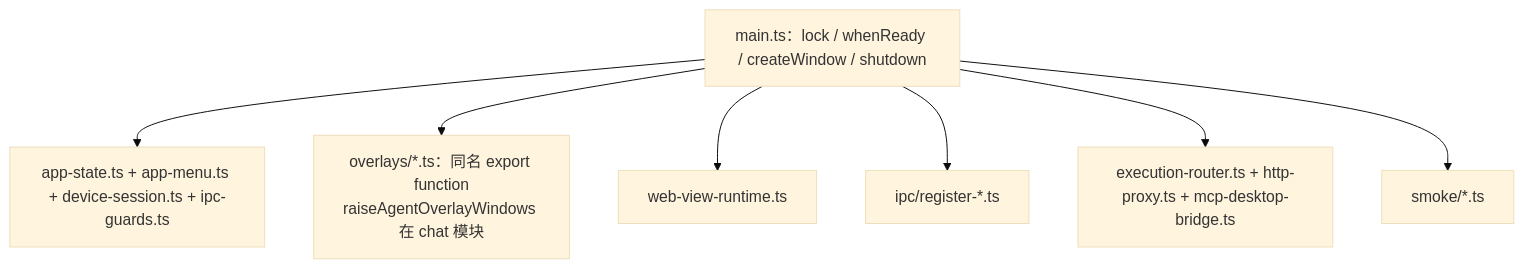
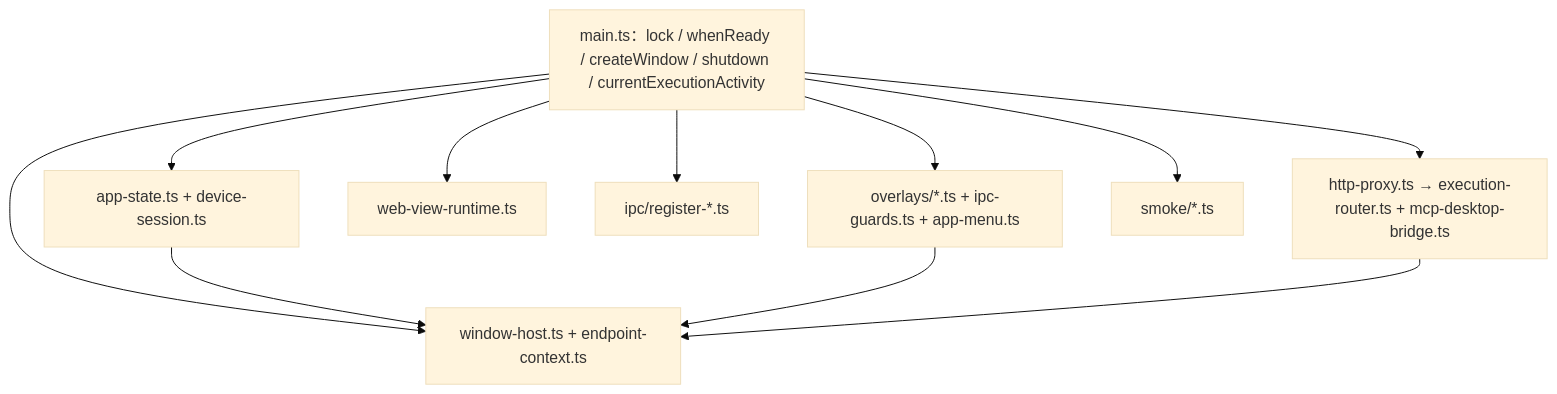
Before and after one commit to CANYOUFINDIT/viron: the fourth of 4 diagrams in docs/INTERNAL-STRUCTURE-REFACTOR.md, drawn with Mermaid (base theme). The commit also changed other lines of this file, not shown here.

First line of the commit message:
docs: 补上 main.ts 拆分的模块依赖铁律

````diff
--- a/docs/INTERNAL-STRUCTURE-REFACTOR.md
+++ b/docs/INTERNAL-STRUCTURE-REFACTOR.md
@@ -161,16 +244,21 @@
 ```mermaid
 flowchart TB
-  Main["main.ts：lock / whenReady / createWindow / shutdown"]
-  State["app-state.ts + app-menu.ts + device-session.ts + ipc-guards.ts"]
-  Overlays["overlays/*.ts：同名 export function\nraiseAgentOverlayWindows 在 chat 模块"]
+  Main["main.ts：lock / whenReady / createWindow / shutdown / currentExecutionActivity"]
+  Leaf["window-host.ts + endpoint-context.ts"]
+  State["app-state.ts + device-session.ts"]
+  Overlays["overlays/*.ts + ipc-guards.ts + app-menu.ts"]
   WebView["web-view-runtime.ts"]
   IPC["ipc/register-*.ts"]
-  Exec["execution-router.ts + http-proxy.ts + mcp-desktop-bridge.ts"]
+  Exec["http-proxy.ts → execution-router.ts + mcp-desktop-bridge.ts"]
   Smoke["smoke/*.ts"]
+  Main --> Leaf
   Main --> State
   Main --> Overlays
   Main --> WebView
   Main --> IPC
   Main --> Exec
   Main --> Smoke
+  State --> Leaf
+  Overlays --> Leaf
+  Exec --> Leaf
 ```
````
